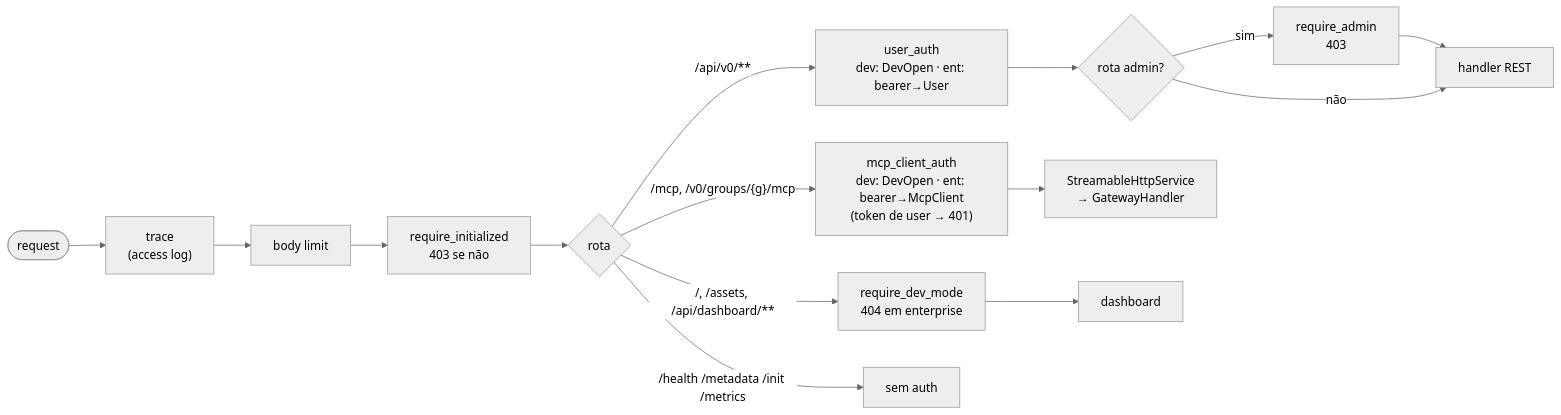
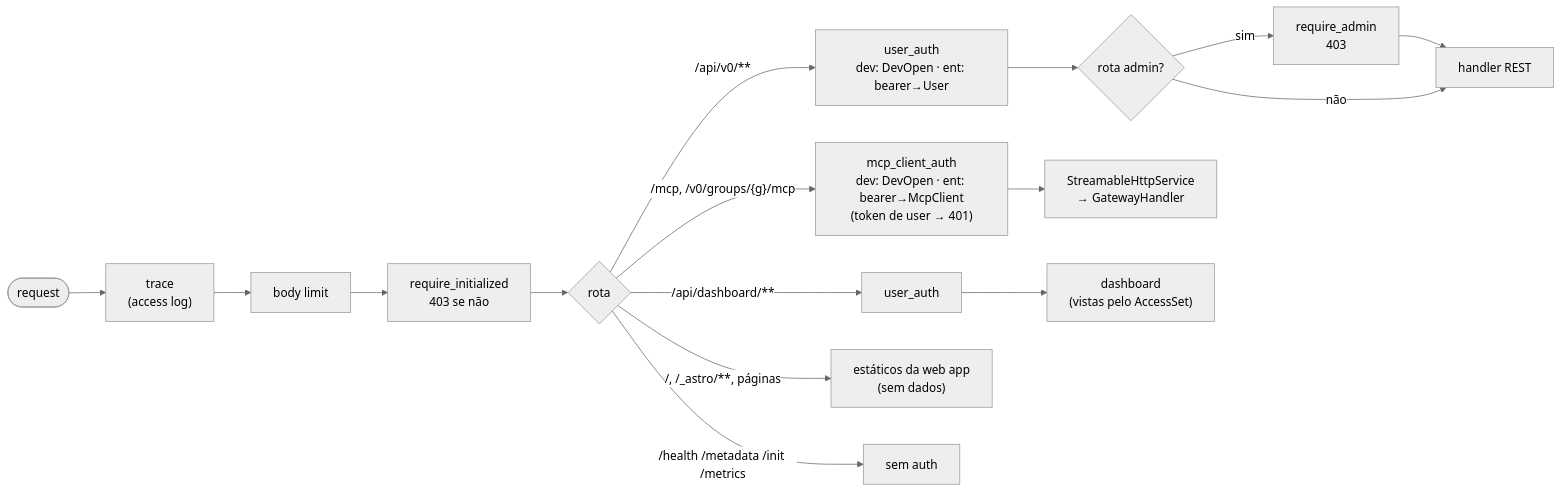
The ninth of 15 diagrams in docs/04-arquitectura.md (websublime/trunks), drawn with Mermaid (neutral theme) before and after one commit. The commit also changed other lines of this file and 8 other files, not shown here.

First line of the commit message:
docs: redefine the web app as a static Astro site with line://ui (D18) (#23)

````diff
--- a/docs/04-arquitectura.md
+++ b/docs/04-arquitectura.md
@@ -340,10 +340,11 @@
 ```mermaid
 flowchart LR
     req([request]) --> trace["trace<br/>(access log)"] --> limit["body limit"] --> init["require_initialized<br/>403 se não"]
     init --> route{rota}
     route -- "/api/v0/**" --> ua["user_auth<br/>dev: DevOpen · ent: bearer→User"] --> adm{"rota admin?"} -- sim --> ra["require_admin<br/>403"] --> h1["handler REST"]
     adm -- não --> h1
     route -- "/mcp, /v0/groups/{g}/mcp" --> ca["mcp_client_auth<br/>dev: DevOpen · ent: bearer→McpClient<br/>(token de user → 401)"] --> svc["StreamableHttpService<br/>→ GatewayHandler"]
-    route -- "/, /assets, /api/dashboard/**" --> dm["require_dev_mode<br/>404 em enterprise"] --> h2["dashboard"]
+    route -- "/api/dashboard/**" --> ua2["user_auth"] --> h2["dashboard<br/>(vistas pelo AccessSet)"]
+    route -- "/, /_astro/**, páginas" --> st["estáticos da web app<br/>(sem dados)"]
     route -- "/health /metadata /init /metrics" --> pub["sem auth"]
 ```
````
